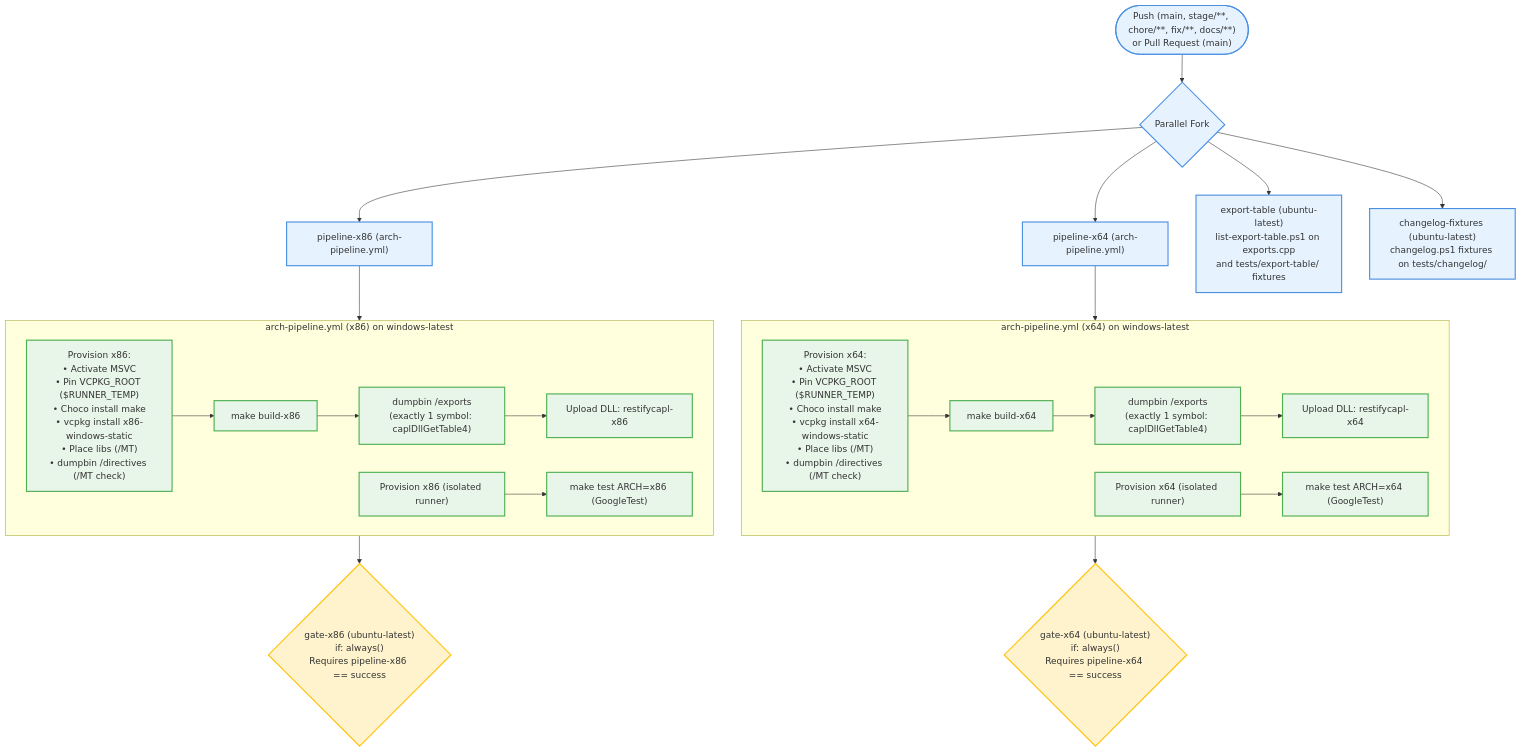
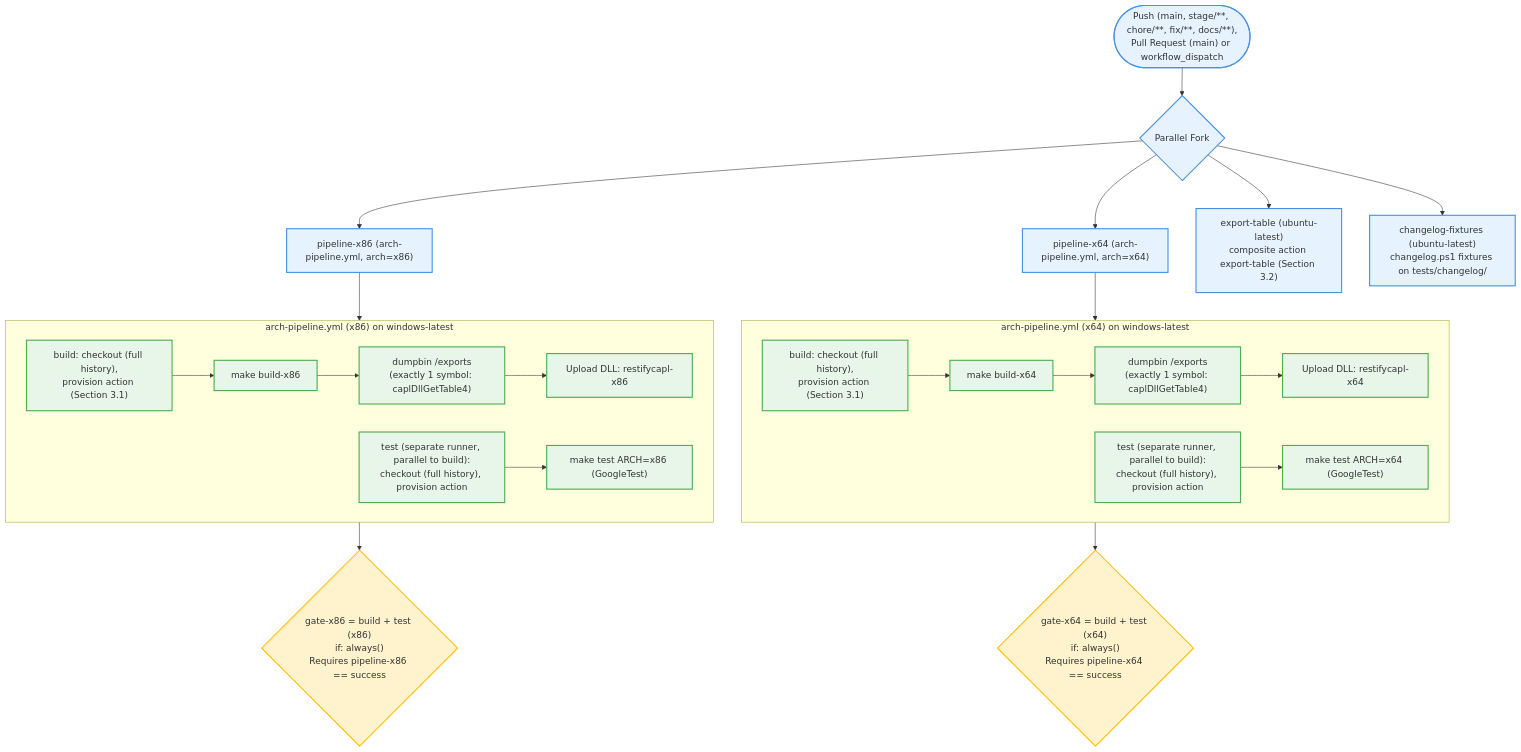
The third of 4 diagrams in docs/ci-flow.md (can-tools/restifycapl), drawn with Mermaid before and after one commit. The commit also changed other lines of this file and 5 other files, not shown here.

Commit message:
docs/ci-flow-target-state (#26)

````diff
--- a/docs/ci-flow.md
+++ b/docs/ci-flow.md
@@ -117,54 +154,54 @@
 ```mermaid
 flowchart TD
     classDef bot fill:#e6f3ff,stroke:#4a90e2,stroke-width:2px;
     classDef gate fill:#fff3cd,stroke:#ffc107,stroke-width:2px;
     classDef win fill:#e8f5e9,stroke:#4caf50,stroke-width:2px;
 
-    TRIGGER(["Push (main, stage/**, chore/**, fix/**, docs/**)<br/>or Pull Request (main)"]):::bot --> FORK{"Parallel Fork"}:::bot
+    TRIGGER(["Push (main, stage/**, chore/**, fix/**, docs/**),<br/>Pull Request (main) or workflow_dispatch"]):::bot --> FORK{"Parallel Fork"}:::bot
 
     %% x86 leg
-    FORK --> X86_CALL["pipeline-x86 (arch-pipeline.yml)"]:::bot
+    FORK --> X86_CALL["pipeline-x86 (arch-pipeline.yml, arch=x86)"]:::bot
     subgraph ArchPipelineX86 ["arch-pipeline.yml (x86) on windows-latest"]
-        X86_B_PROV["Provision x86:<br/>• Activate MSVC<br/>• Pin VCPKG_ROOT ($RUNNER_TEMP)<br/>• Choco install make<br/>• vcpkg install x86-windows-static<br/>• Place libs (/MT)<br/>• dumpbin /directives (/MT check)"]:::win
+        X86_B_PROV["build: checkout (full history),<br/>provision action (Section 3.1)"]:::win
         X86_B_MAKE["make build-x86"]:::win
         X86_B_EXP["dumpbin /exports<br/>(exactly 1 symbol: caplDllGetTable4)"]:::win
         X86_B_UP["Upload DLL: restifycapl-x86"]:::win
-        
-        X86_T_PROV["Provision x86 (isolated runner)"]:::win
+
+        X86_T_PROV["test (separate runner, parallel to build):<br/>checkout (full history), provision action"]:::win
         X86_T_MAKE["make test ARCH=x86 (GoogleTest)"]:::win
-        
+
         X86_B_PROV --> X86_B_MAKE
         X86_B_MAKE --> X86_B_EXP
         X86_B_EXP --> X86_B_UP
         X86_T_PROV --> X86_T_MAKE
     end
     X86_CALL --> ArchPipelineX86
 
     %% x64 leg
-    FORK --> X64_CALL["pipeline-x64 (arch-pipeline.yml)"]:::bot
+    FORK --> X64_CALL["pipeline-x64 (arch-pipeline.yml, arch=x64)"]:::bot
     subgraph ArchPipelineX64 ["arch-pipeline.yml (x64) on windows-latest"]
-        X64_B_PROV["Provision x64:<br/>• Activate MSVC<br/>• Pin VCPKG_ROOT ($RUNNER_TEMP)<br/>• Choco install make<br/>• vcpkg install x64-windows-static<br/>• Place libs (/MT)<br/>• dumpbin /directives (/MT check)"]:::win
+        X64_B_PROV["build: checkout (full history),<br/>provision action (Section 3.1)"]:::win
         X64_B_MAKE["make build-x64"]:::win
         X64_B_EXP["dumpbin /exports<br/>(exactly 1 symbol: caplDllGetTable4)"]:::win
         X64_B_UP["Upload DLL: restifycapl-x64"]:::win
-        
-        X64_T_PROV["Provision x64 (isolated runner)"]:::win
+
+        X64_T_PROV["test (separate runner, parallel to build):<br/>checkout (full history), provision action"]:::win
         X64_T_MAKE["make test ARCH=x64 (GoogleTest)"]:::win
-        
+
         X64_B_PROV --> X64_B_MAKE
         X64_B_MAKE --> X64_B_EXP
         X64_B_EXP --> X64_B_UP
         X64_T_PROV --> X64_T_MAKE
     end
     X64_CALL --> ArchPipelineX64
 
     %% export-table check
-    FORK --> EXP_JOB["export-table (ubuntu-latest)<br/>list-export-table.ps1 on exports.cpp<br/>and tests/export-table/ fixtures"]:::bot
+    FORK --> EXP_JOB["export-table (ubuntu-latest)<br/>composite action export-table (Section 3.2)"]:::bot
 
     %% changelog-fixtures check
     FORK --> CLFIX_JOB["changelog-fixtures (ubuntu-latest)<br/>changelog.ps1 fixtures on tests/changelog/"]:::bot
 
     %% Gates
-    ArchPipelineX86 --> GATE_X86{"gate-x86 (ubuntu-latest)<br/>if: always()<br/>Requires pipeline-x86 == success"}:::gate
-    ArchPipelineX64 --> GATE_X64{"gate-x64 (ubuntu-latest)<br/>if: always()<br/>Requires pipeline-x64 == success"}:::gate
+    ArchPipelineX86 --> GATE_X86{"gate-x86 = build + test (x86)<br/>if: always()<br/>Requires pipeline-x86 == success"}:::gate
+    ArchPipelineX64 --> GATE_X64{"gate-x64 = build + test (x64)<br/>if: always()<br/>Requires pipeline-x64 == success"}:::gate
 ```
````
